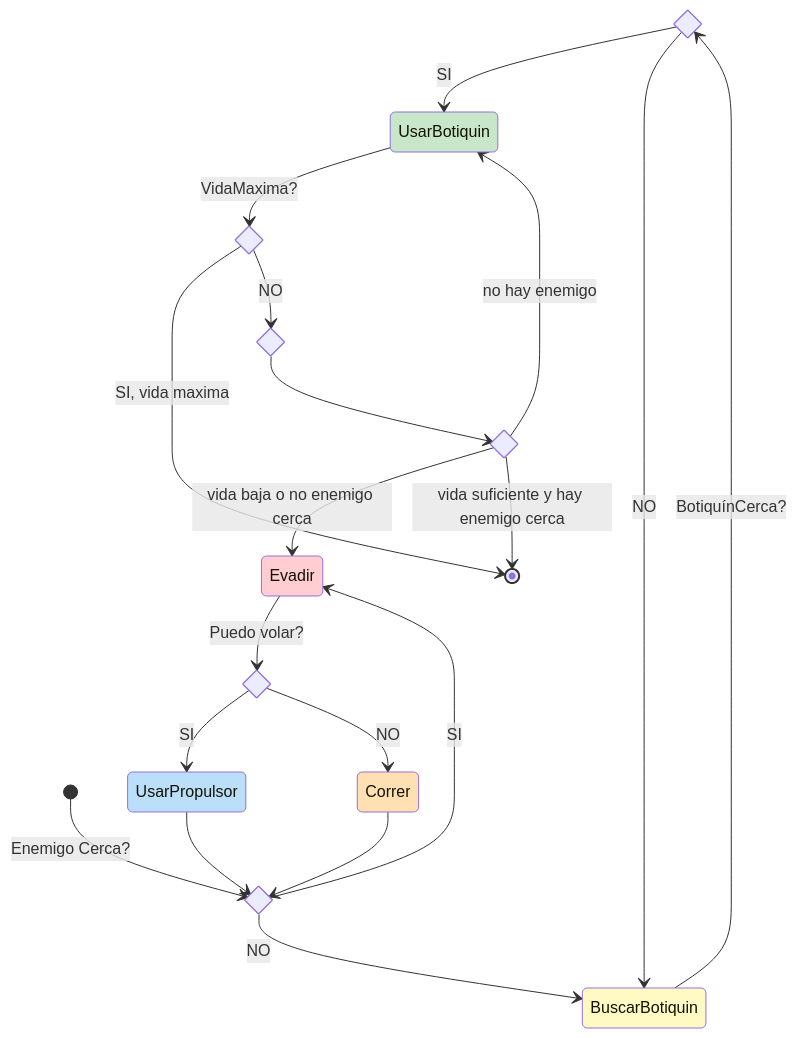
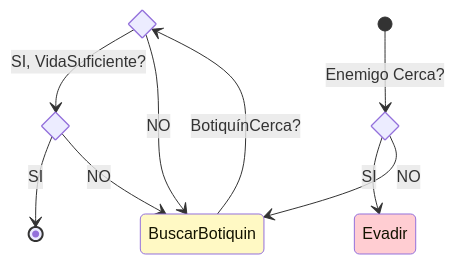
The fourth of 5 diagrams in README.md (Kang-Hsi/hfsm-bt), drawn with Mermaid before and after one commit. The commit also changed other lines of this file, not shown here.

````diff
--- a/README.md
+++ b/README.md
@@ -556,46 +543,26 @@
     ```mermaid
     ---
     config:
     theme: base
     look: neo
     ---
     stateDiagram
     direction TB
     state BotiquinCerca? <<choice>>
-    state PuedoVolar? <<choice>>
     state EnemigoCerca? <<choice>>
-    state EnemigoCerca2? <<choice>>
-    state VidaMaxima? <<choice>>
     state VidaSuficiente? <<choice>>
 
     [*] --> EnemigoCerca?:Enemigo Cerca?
     EnemigoCerca? --> Evadir:SI
     EnemigoCerca? --> BuscarBotiquin:NO
 
-    Evadir --> PuedoVolar?:Puedo volar?
-    PuedoVolar? --> UsarPropulsor:SI
-    PuedoVolar? --> Correr:NO
-
-    UsarPropulsor --> EnemigoCerca?
-    Correr --> EnemigoCerca?
-
     BuscarBotiquin --> BotiquinCerca?:BotiquínCerca?
-    BotiquinCerca? --> UsarBotiquin:SI
+    BotiquinCerca? --> VidaSuficiente?:SI, VidaSuficiente?
     BotiquinCerca? --> BuscarBotiquin:NO
-
-    UsarBotiquin --> VidaMaxima? : VidaMaxima?
-
-    VidaMaxima? --> [*]: SI, vida maxima
-    VidaMaxima? --> EnemigoCerca2?: NO
-    
-    EnemigoCerca2? --> VidaSuficiente?
-    VidaSuficiente? --> Evadir : vida baja o no enemigo cerca
-    VidaSuficiente? --> UsarBotiquin: no hay enemigo
-    VidaSuficiente? --> [*] : vida suficiente y hay enemigo cerca
+    VidaSuficiente? --> [*]: SI
+    VidaSuficiente? --> BuscarBotiquin: NO
 
     style Evadir fill:#FFCDD2
     style BuscarBotiquin fill:#FFF9C4
-    style UsarPropulsor fill:#BBDEFB
     style Correr fill:#FFE0B2
-    style UsarBotiquin fill:#C8E6C9
     ```
````
